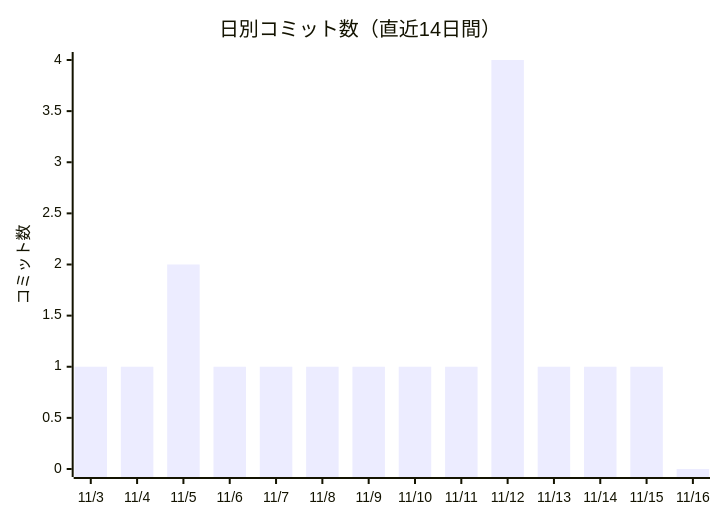
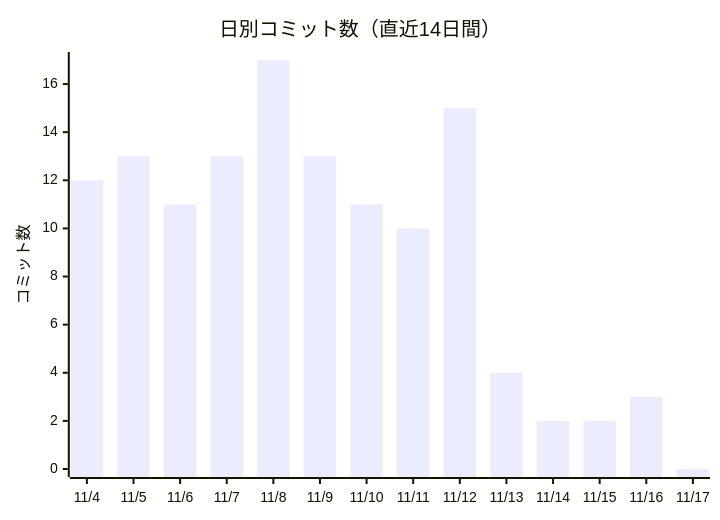
One commit to non-x2/non-x2 changed the first of 2 diagrams in docs/進化レポート.md. Above: the diagram before and after it, drawn with Mermaid. The commit also changed other lines of this file and 1 other file, not shown here.

````diff
--- a/docs/進化レポート.md
+++ b/docs/進化レポート.md
@@ -25,7 +25,7 @@
 ```mermaid
 xychart-beta
     title "日別コミット数（直近14日間）"
-    x-axis ["11/3", "11/4", "11/5", "11/6", "11/7", "11/8", "11/9", "11/10", "11/11", "11/12", "11/13", "11/14", "11/15", "11/16"]
+    x-axis ["11/4", "11/5", "11/6", "11/7", "11/8", "11/9", "11/10", "11/11", "11/12", "11/13", "11/14", "11/15", "11/16", "11/17"]
     y-axis "コミット数"
-    bar [1, 1, 2, 1, 1, 1, 1, 1, 1, 4, 1, 1, 1, 0]
+    bar [12, 13, 11, 13, 17, 13, 11, 10, 15, 4, 2, 2, 3, 0]
 ```
````
